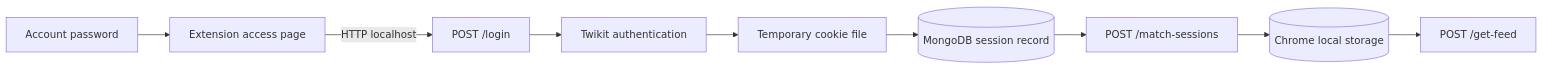
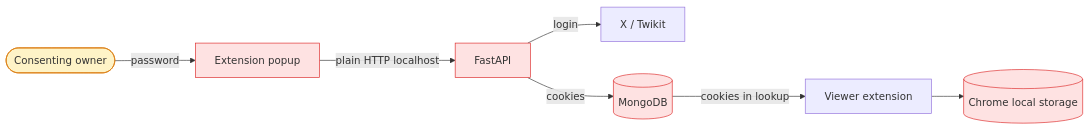
One commit to SidheshwarSarangal/X_feed_extension changed the first of 7 diagrams in docs/security-and-privacy.md. Above: the diagram before and after it, drawn with Mermaid. The commit also changed other lines of this file and 5 other files, not shown here.

````diff
--- a/docs/security-and-privacy.md
+++ b/docs/security-and-privacy.md
@@ -24,11 +10,15 @@
 ```mermaid
 flowchart LR
-    Password[Account password] --> Popup[Extension access page]
-    Popup -->|HTTP localhost| Login[POST /login]
-    Login --> Twikit[Twikit authentication]
-    Twikit --> Temp[Temporary cookie file]
-    Temp --> Mongo[(MongoDB session record)]
-    Mongo --> Lookup[POST /match-sessions]
-    Lookup --> Local[(Chrome local storage)]
-    Local --> Feed[POST /get-feed]
+    Owner([Consenting owner]) -->|password| Popup[Extension popup]
+    Popup -->|plain HTTP localhost| API[FastAPI]
+    API -->|login| X[X / Twikit]
+    API -->|cookies| Mongo[(MongoDB)]
+    Mongo -->|cookies in lookup| Viewer[Viewer extension]
+    Viewer --> Chrome[(Chrome local storage)]
+
+    style Owner fill:#fef3c7,stroke:#d97706
+    style Popup fill:#fee2e2,stroke:#dc2626
+    style API fill:#fee2e2,stroke:#dc2626
+    style Mongo fill:#fee2e2,stroke:#dc2626
+    style Chrome fill:#fee2e2,stroke:#dc2626
 ```
````
